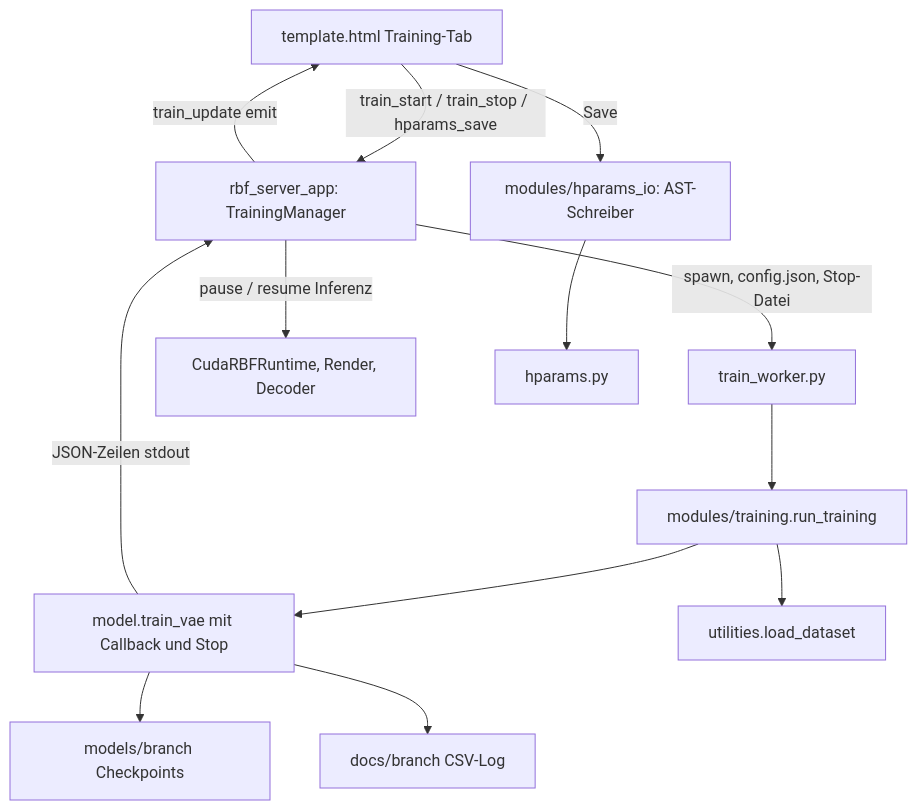
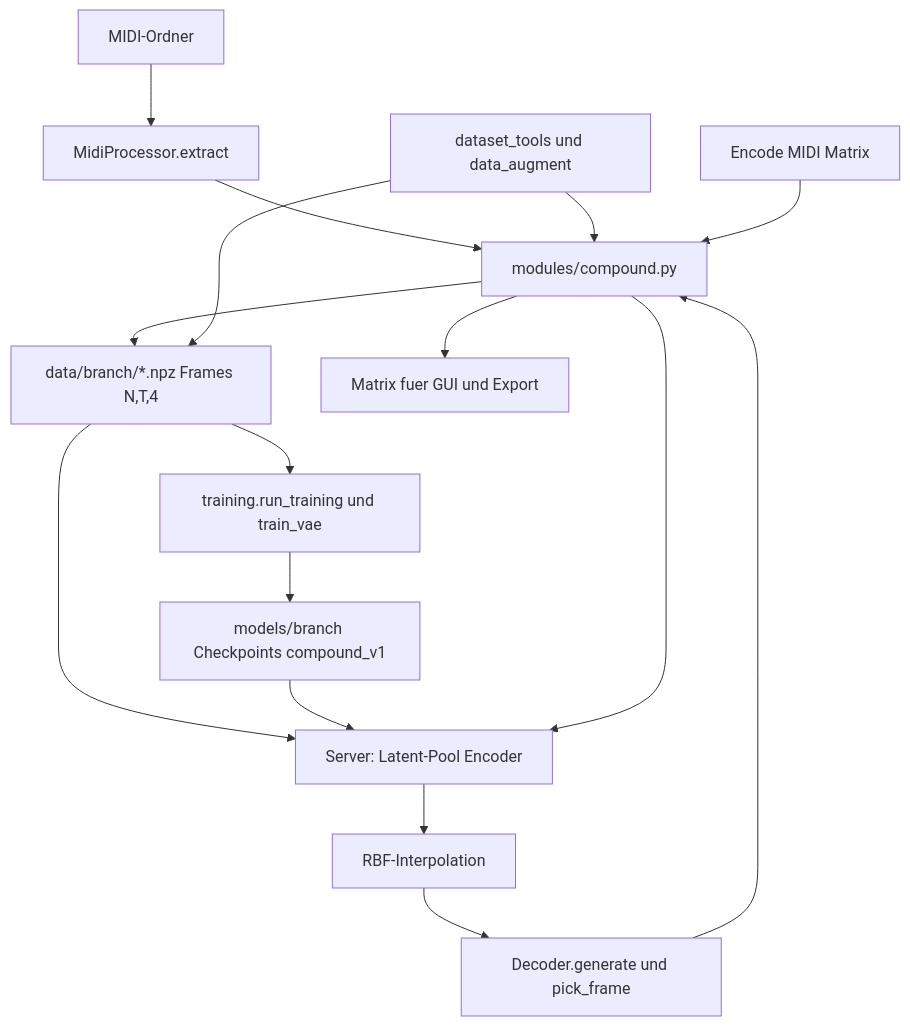
The diagram in .junie/plans/server-app-training.md (luntal/pattern_atlas_pyproject), drawn with Mermaid before and after one commit. The commit also changed other lines of this file and 23 other files, not shown here.

Commit message:
Add compound token codec and tests

````diff
--- a/.junie/plans/server-app-training.md
+++ b/.junie/plans/server-app-training.md
@@ -66,15 +92,18 @@
 ```mermaid
 graph TD
-  UI[template.html Training-Tab] -->|train_start / train_stop / hparams_save| S[rbf_server_app: TrainingManager]
-  S -->|spawn, config.json, Stop-Datei| W[train_worker.py]
-  W --> T[modules/training.run_training]
-  T --> V[model.train_vae mit Callback und Stop]
-  T --> D[utilities.load_dataset]
-  V -->|JSON-Zeilen stdout| S
-  V --> C[models/branch Checkpoints]
-  V --> L[docs/branch CSV-Log]
-  S -->|train_update emit| UI
-  S -->|pause / resume Inferenz| R[CudaRBFRuntime, Render, Decoder]
-  UI -->|Save| H[modules/hparams_io: AST-Schreiber]
-  H --> P[hparams.py]
+  MIDI[MIDI-Ordner] --> MP[MidiProcessor.extract]
+  MP --> CODEC[modules/compound.py]
+  CODEC --> NPZ[data/branch/*.npz Frames N,T,4]
+  DT[dataset_tools und data_augment] --> CODEC
+  DT --> NPZ
+  NPZ --> TR[training.run_training und train_vae]
+  TR --> CKPT[models/branch Checkpoints compound_v1]
+  NPZ --> LP[Server: Latent-Pool Encoder]
+  CKPT --> LP
+  LP --> RBF[RBF-Interpolation]
+  RBF --> DEC[Decoder.generate und pick_frame]
+  DEC --> CODEC
+  CODEC --> MAT[Matrix fuer GUI und Export]
+  MIDIBUF[Encode MIDI Matrix] --> CODEC
+  CODEC --> LP
 ```
````
